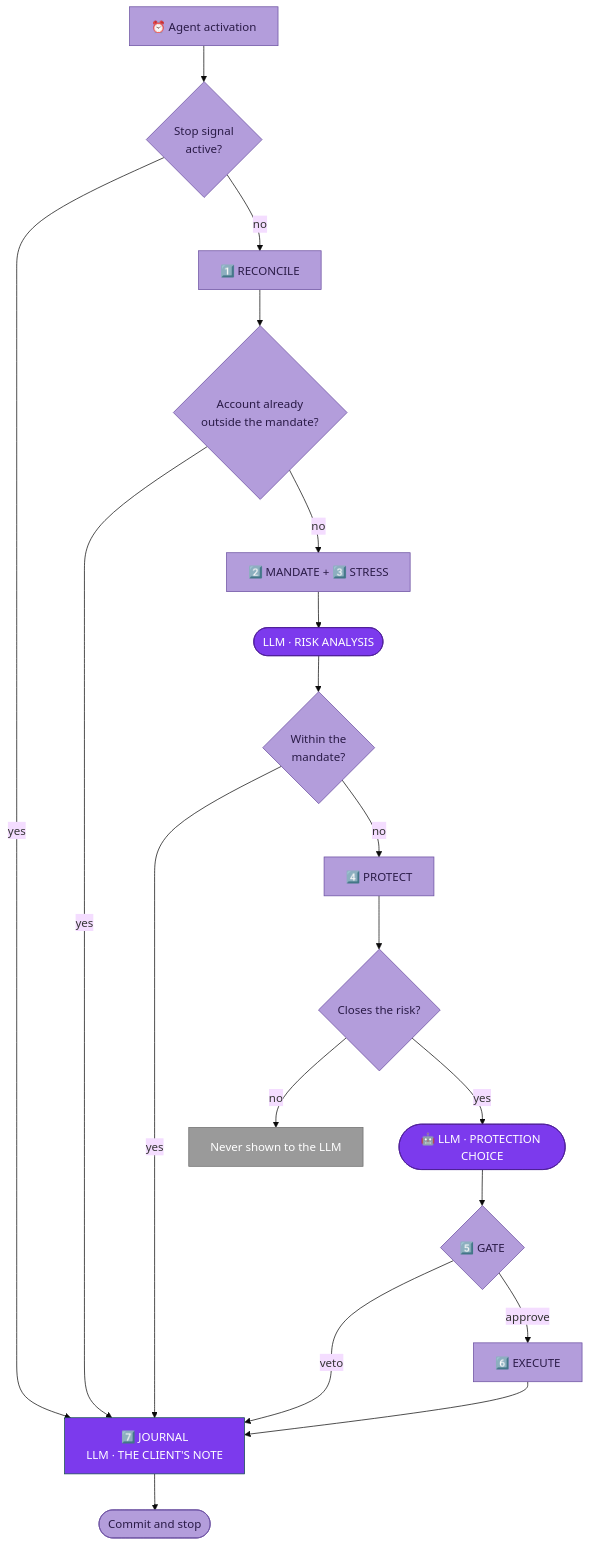
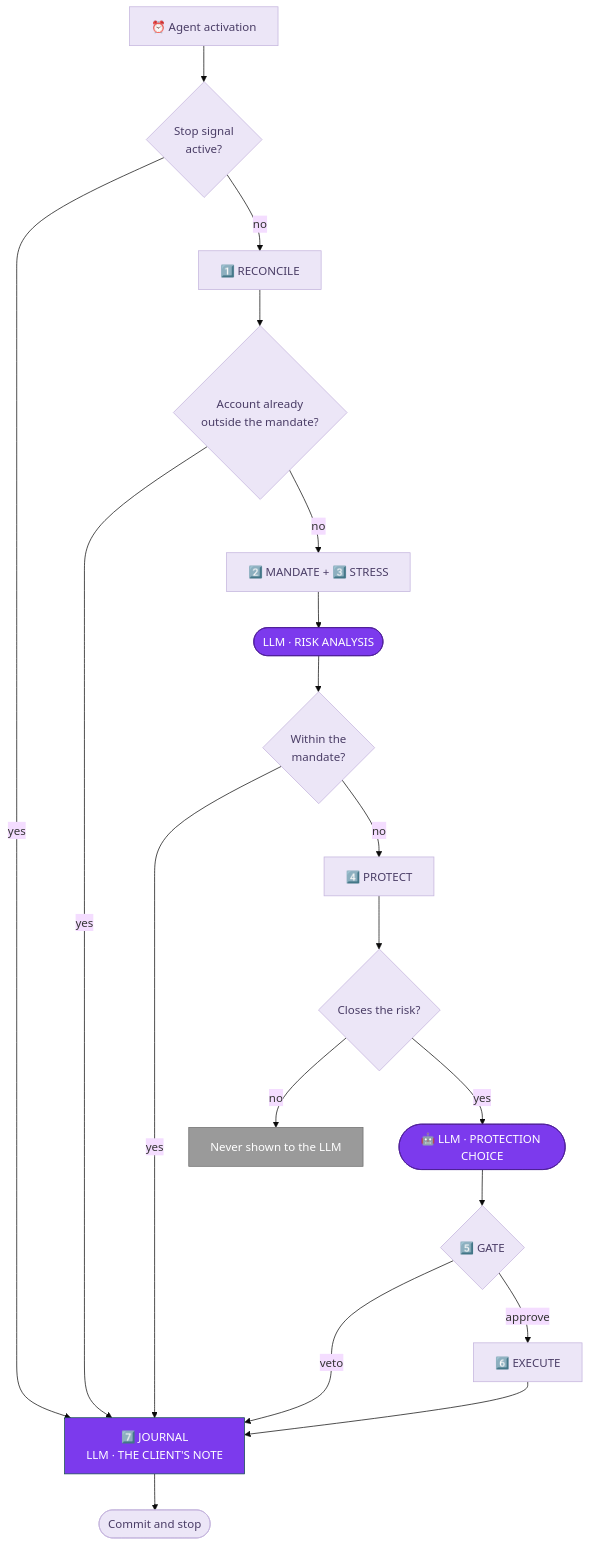
One commit to ol1ak5/Drawdown-Guard changed the diagram in README.md. Above: the diagram before and after it, drawn with Mermaid (base theme). The commit also changed other lines of this file, not shown here.

First line of the commit message:
Fade the loop diagram's main colour toward white

````diff
--- a/README.md
+++ b/README.md
@@ -109,47 +81,47 @@
 ```mermaid
 flowchart TD
     CRON["⏰ Agent activation"] --> HALT{Stop signal<br/>active?}
     HALT -- yes --> JOURNAL
     HALT -- no --> RECONCILE
 
     RECONCILE["1️⃣ RECONCILE"] --> KILL{Account already<br/>outside the mandate?}
     KILL -- yes --> JOURNAL
     KILL -- no --> MANDATE
 
     MANDATE["2️⃣ MANDATE + 3️⃣ STRESS"] --> LLM1
     LLM1(["LLM · RISK ANALYSIS"]) --> GAP{Within the<br/>mandate?}
 
     GAP -- yes --> JOURNAL
     GAP -- no --> PROTECT
 
     PROTECT["4️⃣ PROTECT"] --> ELIGIBLE{Closes the risk?}
     ELIGIBLE -- no --> DROP[Never shown to the LLM]
     ELIGIBLE -- yes --> LLM2
 
     LLM2(["🤖 LLM · PROTECTION CHOICE"]) --> GATE
 
     GATE{"5️⃣ GATE"}
     GATE -- veto --> JOURNAL
     GATE -- approve --> EXECUTE
 
     EXECUTE["6️⃣ EXECUTE"] --> JOURNAL
 
     JOURNAL["7️⃣ JOURNAL<br/>LLM · THE CLIENT'S NOTE"] --> END([Commit and stop])
 
-    style CRON fill:#b39ddb,stroke:#6a4fa0,color:#2a1b47
-    style HALT fill:#b39ddb,stroke:#6a4fa0,color:#2a1b47
-    style RECONCILE fill:#b39ddb,stroke:#6a4fa0,color:#2a1b47
-    style KILL fill:#b39ddb,stroke:#6a4fa0,color:#2a1b47
-    style MANDATE fill:#b39ddb,stroke:#6a4fa0,color:#2a1b47
-    style GAP fill:#b39ddb,stroke:#6a4fa0,color:#2a1b47
-    style PROTECT fill:#b39ddb,stroke:#6a4fa0,color:#2a1b47
-    style ELIGIBLE fill:#b39ddb,stroke:#6a4fa0,color:#2a1b47
-    style GATE fill:#b39ddb,stroke:#6a4fa0,color:#2a1b47
-    style EXECUTE fill:#b39ddb,stroke:#6a4fa0,color:#2a1b47
-    style END fill:#b39ddb,stroke:#6a4fa0,color:#2a1b47
+    style CRON fill:#ece6f7,stroke:#c3b3dd,color:#4a3d66
+    style HALT fill:#ece6f7,stroke:#c3b3dd,color:#4a3d66
+    style RECONCILE fill:#ece6f7,stroke:#c3b3dd,color:#4a3d66
+    style KILL fill:#ece6f7,stroke:#c3b3dd,color:#4a3d66
+    style MANDATE fill:#ece6f7,stroke:#c3b3dd,color:#4a3d66
+    style GAP fill:#ece6f7,stroke:#c3b3dd,color:#4a3d66
+    style PROTECT fill:#ece6f7,stroke:#c3b3dd,color:#4a3d66
+    style ELIGIBLE fill:#ece6f7,stroke:#c3b3dd,color:#4a3d66
+    style GATE fill:#ece6f7,stroke:#c3b3dd,color:#4a3d66
+    style EXECUTE fill:#ece6f7,stroke:#c3b3dd,color:#4a3d66
+    style END fill:#ece6f7,stroke:#c3b3dd,color:#4a3d66
 
     style LLM1 fill:#7c3aed,stroke:#4c1d95,color:#fff
     style LLM2 fill:#7c3aed,stroke:#4c1d95,color:#fff
     style JOURNAL fill:#7c3aed,stroke:#134e4a,color:#fff
     style DROP fill:#9a9a9a,stroke:#6e6e6e,color:#ffffff
 ```
````
